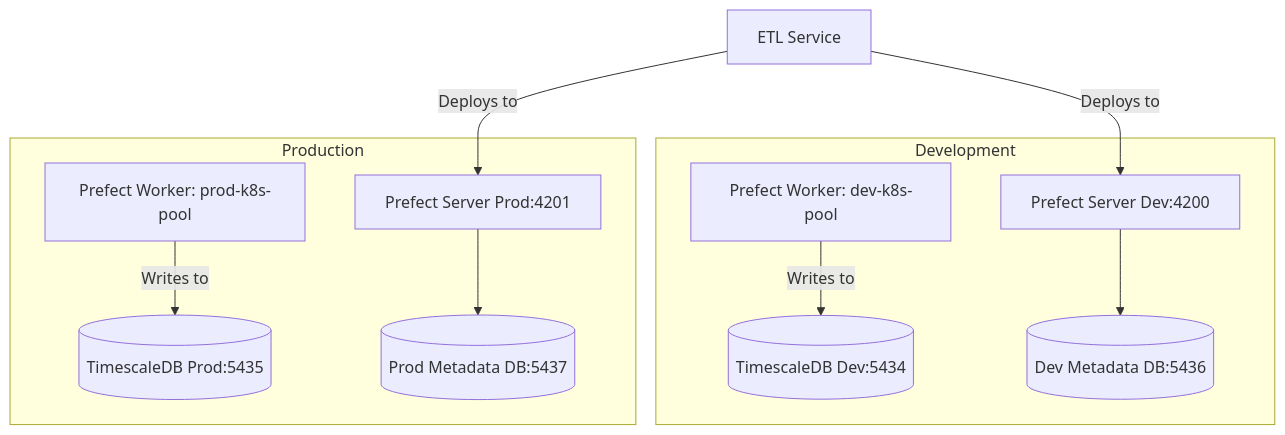
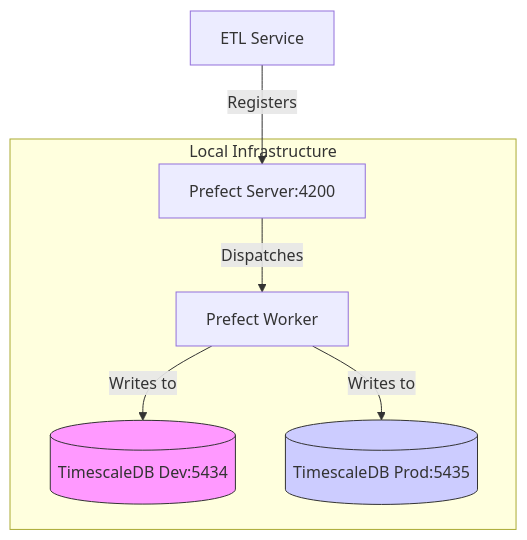
Before and after one commit to stavyos/enterprise-level-software: the diagram in pull_requests/PR-8.md, drawn with Mermaid. The commit also changed other lines of this file and 20 other files, not shown here.

````diff
--- a/pull_requests/PR-8.md
+++ b/pull_requests/PR-8.md
@@ -35,23 +27,17 @@
 ```mermaid
 graph TD
-    subgraph Development
-        D_DB[(TimescaleDB Dev:5434)]
-        D_P[Prefect Server Dev:4200]
-        D_W[Prefect Worker: dev-k8s-pool]
-        D_META[(Dev Metadata DB:5436)]
+    subgraph Local Infrastructure
+        DB_DEV[(TimescaleDB Dev:5434)]
+        DB_PROD[(TimescaleDB Prod:5435)]
+        P_SERVER[Prefect Server:4200]
+        P_WORKER[Prefect Worker]
     end
 
-    subgraph Production
-        P_DB[(TimescaleDB Prod:5435)]
-        P_P[Prefect Server Prod:4201]
-        P_W[Prefect Worker: prod-k8s-pool]
-        P_META[(Prod Metadata DB:5437)]
-    end
+    ETL[ETL Service] -->|Registers| P_SERVER
+    P_SERVER -->|Dispatches| P_WORKER
+    P_WORKER -->|Writes to| DB_DEV
+    P_WORKER -->|Writes to| DB_PROD
 
-    ETL[ETL Service] -->|Deploys to| D_P
-    ETL -->|Deploys to| P_P
-    D_W -->|Writes to| D_DB
-    P_W -->|Writes to| P_DB
-    D_P --> D_META
-    P_P --> P_META
+    style DB_DEV fill:#f9f,stroke:#333
+    style DB_PROD fill:#ccf,stroke:#333
 ```
````
